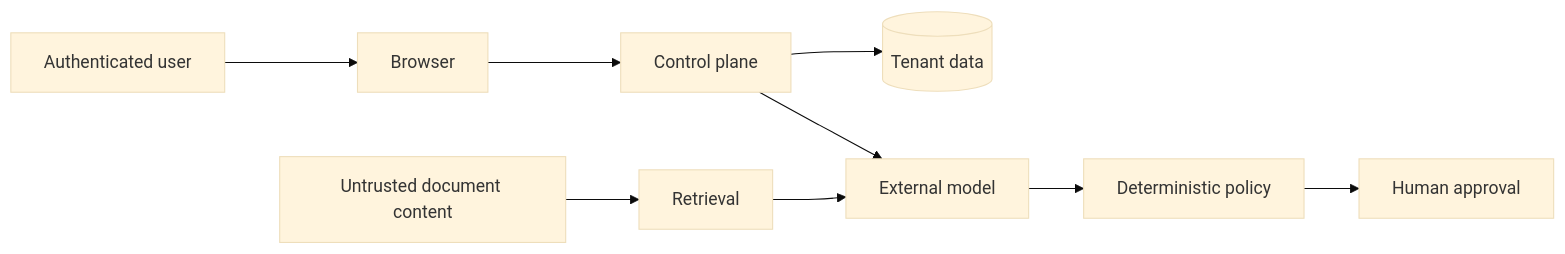
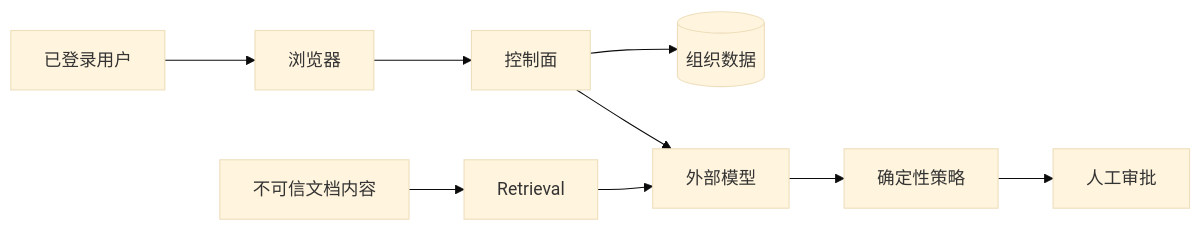
One commit to VKanee/opsmind-ai changed the diagram in docs/THREAT_MODEL.md. Above: the diagram before and after it, drawn with Mermaid (base theme). The commit also changed other lines of this file and 63 other files, not shown here.

````diff
--- a/docs/THREAT_MODEL.md
+++ b/docs/THREAT_MODEL.md
@@ -14,11 +14,11 @@
 ```mermaid
 flowchart LR
-    User[Authenticated user] --> Browser[Browser]
-    Browser --> API[Control plane]
-    API --> DB[(Tenant data)]
-    API --> Model[External model]
-    Docs[Untrusted document content] --> Retrieval
+    User[已登录用户] --> Browser[浏览器]
+    Browser --> API[控制面]
+    API --> DB[(组织数据)]
+    API --> Model[外部模型]
+    Docs[不可信文档内容] --> Retrieval
     Retrieval --> Model
-    Model --> Policy[Deterministic policy]
-    Policy --> Human[Human approval]
+    Model --> Policy[确定性策略]
+    Policy --> Human[人工审批]
 ```
````
